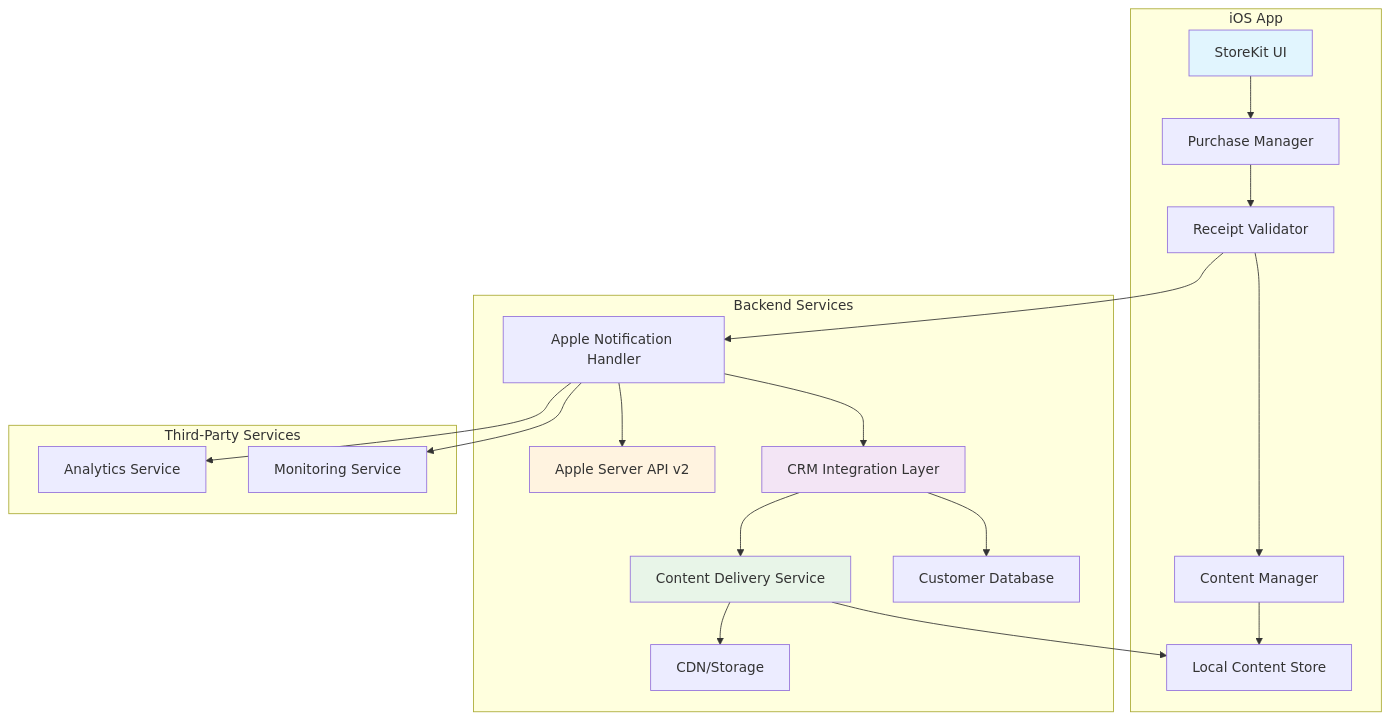
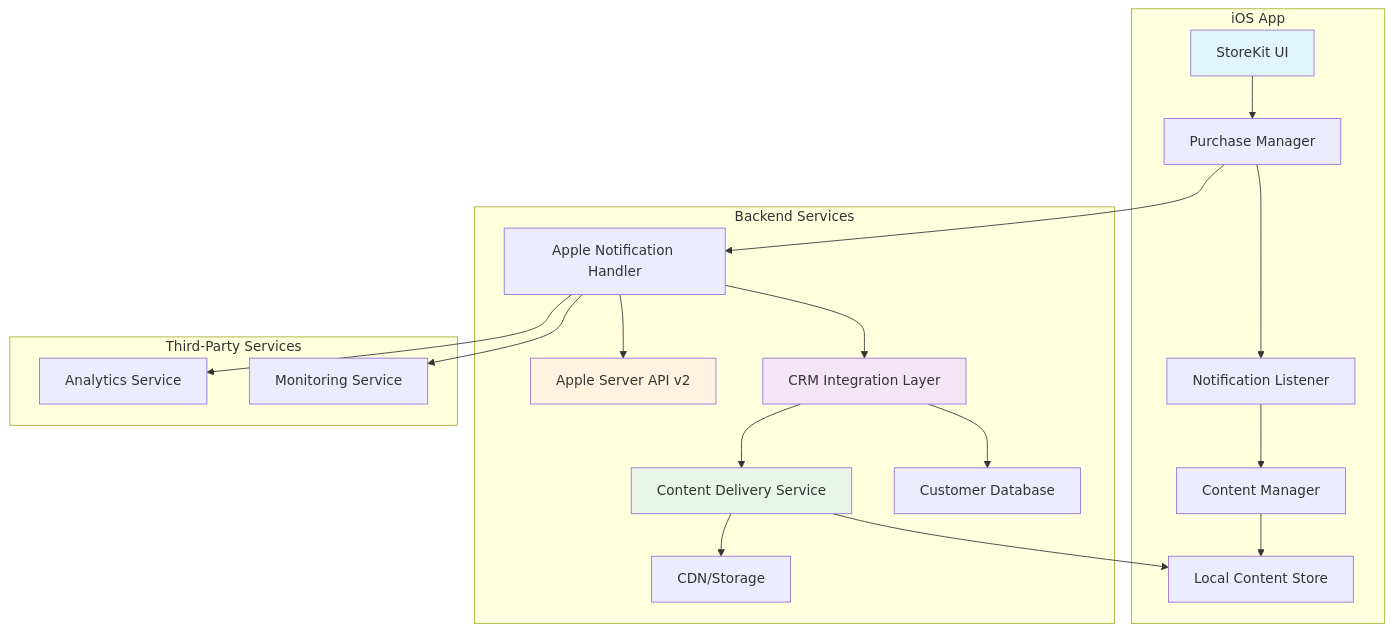
Before and after one commit to tnstoyanov/applePayInAppBt: the first of 3 diagrams in architecture/system-overview.md, drawn with Mermaid. The commit also changed other lines of this file and 5 other files, not shown here.

````diff
--- a/architecture/system-overview.md
+++ b/architecture/system-overview.md
@@ -26,33 +26,33 @@
 ```mermaid
 graph TB
     subgraph "iOS App"
         A[StoreKit UI] --> B[Purchase Manager]
-        B --> C[Receipt Validator]
+        B --> C[Notification Listener]
         C --> D[Content Manager]
         D --> E[Local Content Store]
     end
     
     subgraph "Backend Services"
         F[Apple Notification Handler] --> G[Apple Server API v2]
         F --> H[CRM Integration Layer]
         H --> I[Content Delivery Service]
         H --> J[Customer Database]
         I --> K[CDN/Storage]
     end
     
     subgraph "Third-Party Services"
         G[Apple Server API v2]
         L[Analytics Service]
         M[Monitoring Service]
     end
     
-    C --> F
+    B --> F
     F --> L
     F --> M
     I --> E
     
     style A fill:#e1f5fe
     style G fill:#fff3e0
     style H fill:#f3e5f5
     style I fill:#e8f5e8
 ```
````
